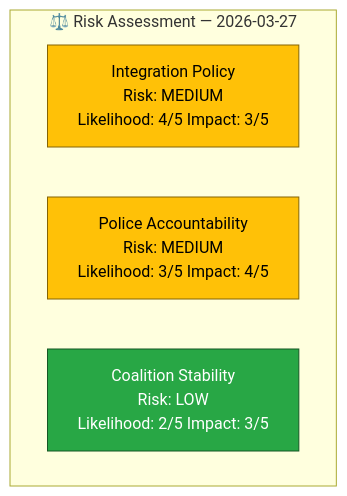
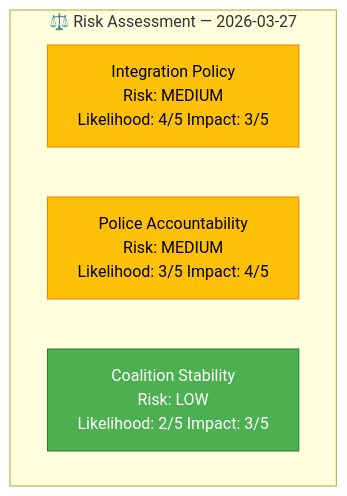
Before and after one commit to Hack23/riksdagsmonitor: the diagram in analysis/daily/2026-03-27/interpellations/risk-assessment.md, drawn with Mermaid. The commit also changed 785 other files, not shown here.

First line of the commit message:
Normalize mermaid colors across 786 analysis artifacts to ISMS Style Guide palette

````diff
--- a/analysis/daily/2026-03-27/interpellations/risk-assessment.md
+++ b/analysis/daily/2026-03-27/interpellations/risk-assessment.md
@@ -17,11 +17,11 @@
 ```mermaid
 graph TD
     subgraph "⚖️ Risk Assessment — 2026-03-27"
         R1["Integration Policy<br/>Risk: MEDIUM<br/>Likelihood: 4/5 Impact: 3/5"]
         R2["Police Accountability<br/>Risk: MEDIUM<br/>Likelihood: 3/5 Impact: 4/5"]
         R3["Coalition Stability<br/>Risk: LOW<br/>Likelihood: 2/5 Impact: 3/5"]
     end
-    style R1 fill:#ffc107,color:#000,stroke:#856404
-    style R2 fill:#ffc107,color:#000,stroke:#856404
-    style R3 fill:#28a745,color:#fff,stroke:#155724
+    style R1 fill:#FFC107,color:#000000,stroke:#F57C00
+    style R2 fill:#FFC107,color:#000000,stroke:#F57C00
+    style R3 fill:#4CAF50,color:#FFFFFF,stroke:#2E7D32
 ```
````
